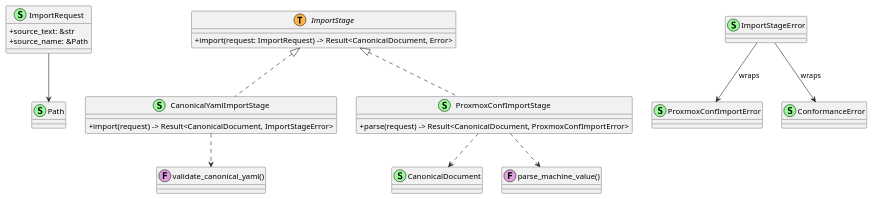
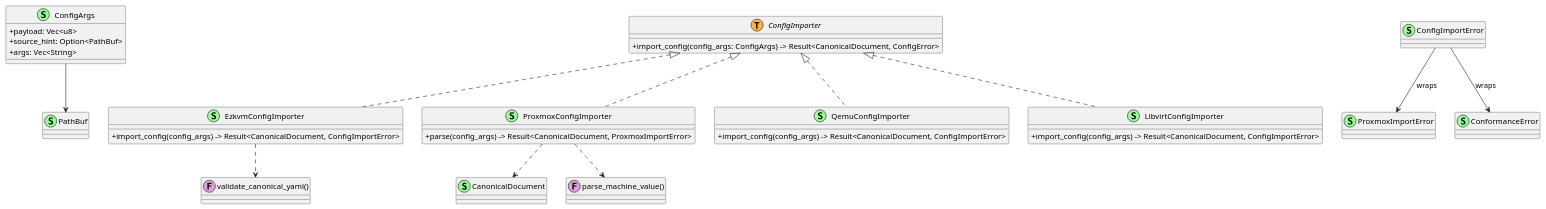
The first of 2 diagrams in doc/dev/architecture/design/import-stage.md (hurenkam/ezkvm), drawn with PlantUML before and after one commit. The commit also changed other lines of this file and 28 other files, not shown here.

Commit message:
refactor ezkvm importer to match my design, and code guidelines

````diff
--- a/doc/dev/architecture/design/import-stage.md
+++ b/doc/dev/architecture/design/import-stage.md
@@ -17,43 +17,54 @@
 ```plantuml
 @startuml
 skinparam classAttributeIconSize 0
 
-class ImportRequest << (S,#98FB98) >> {
-  +source_text: &str
-  +source_name: &Path
+class ConfigArgs << (S,#98FB98) >> {
+  +payload: Vec<u8>
+  +source_hint: Option<PathBuf>
+  +args: Vec<String>
 }
 
-interface ImportStage << (T,#FFB347) >> {
-  +import(request: ImportRequest) -> Result<CanonicalDocument, Error>
+interface ConfigImporter << (T,#FFB347) >> {
+  +import_config(config_args: ConfigArgs) -> Result<CanonicalDocument, ConfigError>
 }
 
-class ImportStageError << (S,#98FB98) >> {
+class ConfigImportError << (S,#98FB98) >> {
 }
 
-class CanonicalYamlImportStage << (S,#98FB98) >> {
-  +import(request) -> Result<CanonicalDocument, ImportStageError>
+class EzkvmConfigImporter << (S,#98FB98) >> {
+  +import_config(config_args) -> Result<CanonicalDocument, ConfigImportError>
 }
 
-class ProxmoxConfImportStage << (S,#98FB98) >> {
-  +parse(request) -> Result<CanonicalDocument, ProxmoxConfImportError>
+class ProxmoxConfigImporter << (S,#98FB98) >> {
+  +parse(config_args) -> Result<CanonicalDocument, ProxmoxImportError>
 }
 
-class ProxmoxConfImportError << (S,#98FB98) >> {
+class QemuConfigImporter << (S,#98FB98) >> {
+  +import_config(config_args) -> Result<CanonicalDocument, ConfigImportError>
+}
+
+class LibvirtConfigImporter << (S,#98FB98) >> {
+  +import_config(config_args) -> Result<CanonicalDocument, ConfigImportError>
+}
+
+class ProxmoxImportError << (S,#98FB98) >> {
 }
 
 class CanonicalDocument << (S,#98FB98) >>
-class Path << (S,#98FB98) >>
+class PathBuf << (S,#98FB98) >>
 class ConformanceError << (S,#98FB98) >>
 class "validate_canonical_yaml()" as ValidateCanonicalYaml << (F,#DDA0DD) >>
 class "parse_machine_value()" as ParseMachineValue << (F,#DDA0DD) >>
 
-ImportStage <|.. CanonicalYamlImportStage
-ImportStage <|.. ProxmoxConfImportStage
-ImportStageError --> ProxmoxConfImportError : wraps
-ImportStageError --> ConformanceError : wraps
-CanonicalYamlImportStage ..> ValidateCanonicalYaml
-ProxmoxConfImportStage ..> ParseMachineValue
-ProxmoxConfImportStage ..> CanonicalDocument
-ImportRequest --> Path
+ConfigImporter <|.. EzkvmConfigImporter
+ConfigImporter <|.. ProxmoxConfigImporter
+ConfigImporter <|.. QemuConfigImporter
+ConfigImporter <|.. LibvirtConfigImporter
+ConfigImportError --> ProxmoxImportError : wraps
+ConfigImportError --> ConformanceError : wraps
+EzkvmConfigImporter ..> ValidateCanonicalYaml
+ProxmoxConfigImporter ..> ParseMachineValue
+ProxmoxConfigImporter ..> CanonicalDocument
+ConfigArgs --> PathBuf
 @enduml
 ```
````
